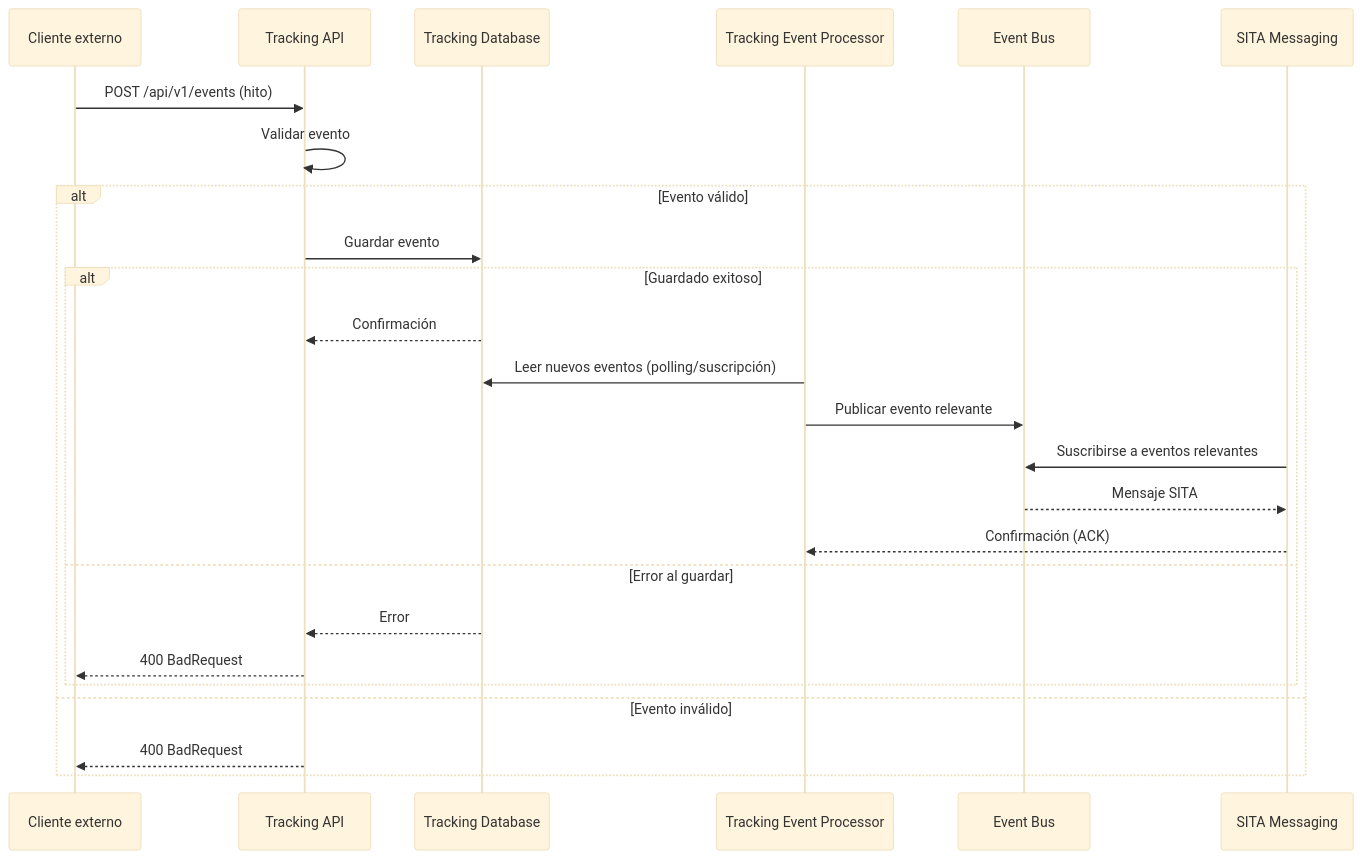
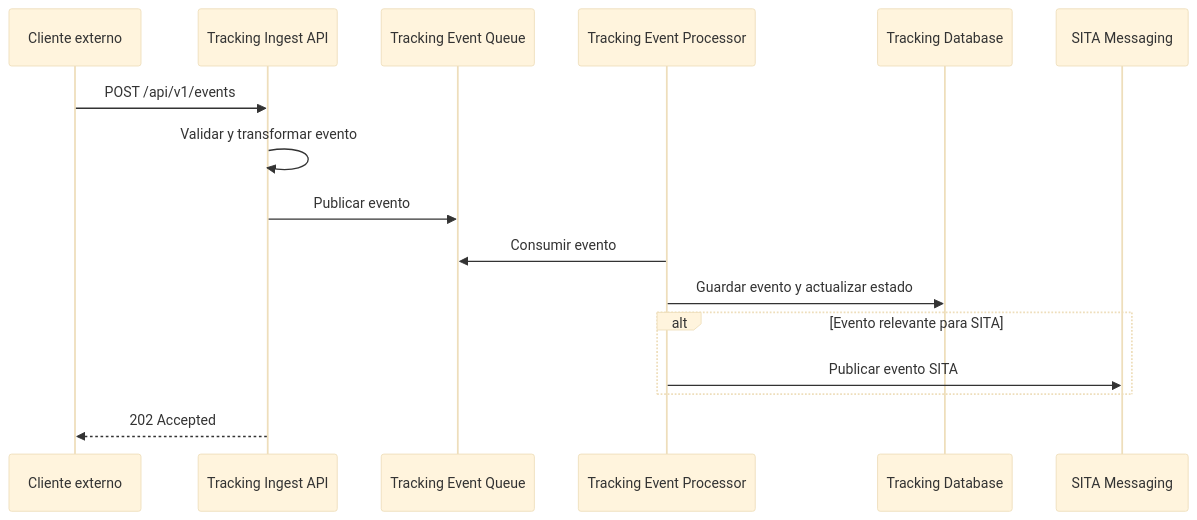
One commit to jclemente-tlm/tlm-doc-architecture changed the first of 2 diagrams in docs/servicios-corporativos/servicio-track-trace/06-vista-tiempo-ejecucion.md. Above: the diagram before and after it, drawn with Mermaid (base theme). The commit also changed other lines of this file and 59 other files, not shown here.

````diff
--- a/docs/servicios-corporativos/servicio-track-trace/06-vista-tiempo-ejecucion.md
+++ b/docs/servicios-corporativos/servicio-track-trace/06-vista-tiempo-ejecucion.md
@@ -22,28 +22,19 @@
 ```mermaid
 sequenceDiagram
     participant Cliente as Cliente externo
-    participant API as Tracking API
-    participant EventStore as Tracking Database
+    participant API as Tracking Ingest API
+    participant Queue as Tracking Event Queue
     participant Processor as Tracking Event Processor
-    participant EventBus as Event Bus
+    participant DB as Tracking Database
     participant SITA as SITA Messaging
 
-    Cliente->>API: POST /api/v1/events (hito)
-    API->>API: Validar evento
-    alt Evento válido
-        API->>EventStore: Guardar evento
-        alt Guardado exitoso
-            EventStore-->>API: Confirmación
-            Processor->>EventStore: Leer nuevos eventos (polling/suscripción)
-            Processor->>EventBus: Publicar evento relevante
-            SITA->>EventBus: Suscribirse a eventos relevantes
-            EventBus-->>SITA: Mensaje SITA
-            SITA-->>Processor: Confirmación (ACK)
-        else Error al guardar
-            EventStore-->>API: Error
-            API-->>Cliente: 400 BadRequest
-        end
-    else Evento inválido
-        API-->>Cliente: 400 BadRequest
+    Cliente->>API: POST /api/v1/events
+    API->>API: Validar y transformar evento
+    API->>Queue: Publicar evento
+    Processor->>Queue: Consumir evento
+    Processor->>DB: Guardar evento y actualizar estado
+    alt Evento relevante para SITA
+        Processor->>SITA: Publicar evento SITA
     end
+    API-->>Cliente: 202 Accepted
 ```
````
